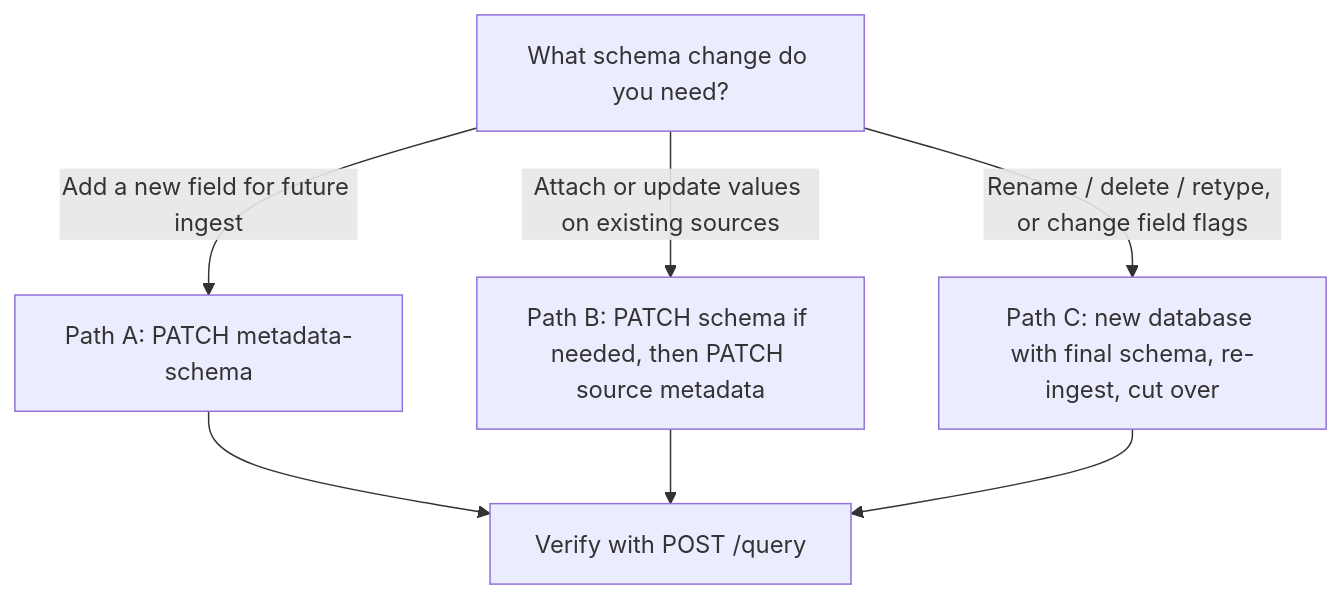
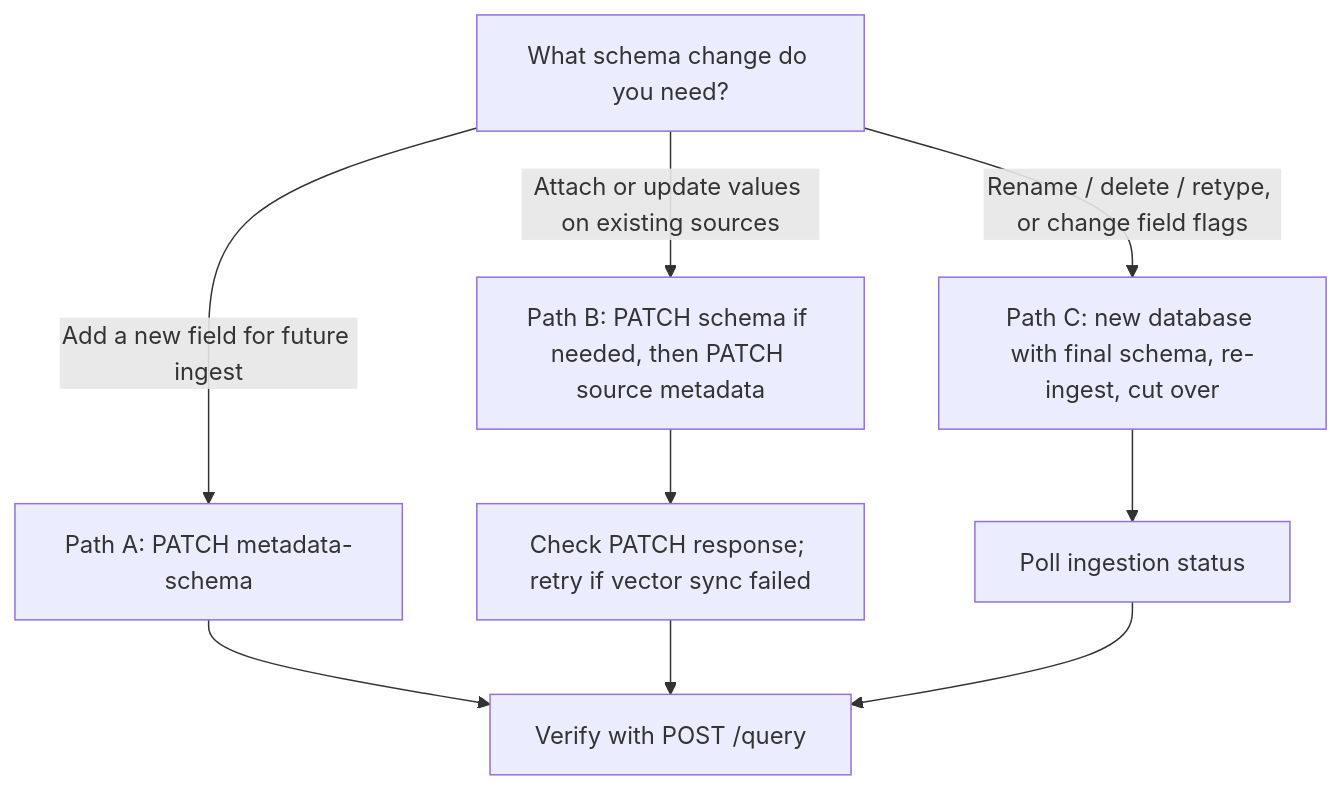
The diagram in essentials/v2/metadata-schema-migration.mdx (hydra-db/mintlify-docs), drawn with Mermaid before and after one commit. The commit also changed other lines of this file, not shown here.

Commit message:
docs: check vector sync before Path B verification

````diff
--- a/essentials/v2/metadata-schema-migration.mdx
+++ b/essentials/v2/metadata-schema-migration.mdx
@@ -34,9 +34,11 @@
 ```mermaid
 flowchart TD
   start["What schema change do you need?"] -->|"Add a new field for future ingest"| add["Path A: PATCH metadata-schema"]
   start -->|"Attach or update values on existing sources"| merge["Path B: PATCH schema if needed, then PATCH source metadata"]
   start -->|"Rename / delete / retype, or change field flags"| rebuild["Path C: new database with final schema, re-ingest, cut over"]
   add --> verify["Verify with POST /query"]
-  merge --> verify
-  rebuild --> verify
+  merge --> check["Check PATCH response; retry if vector sync failed"]
+  check --> verify
+  rebuild --> poll["Poll ingestion status"]
+  poll --> verify
 ```
````
